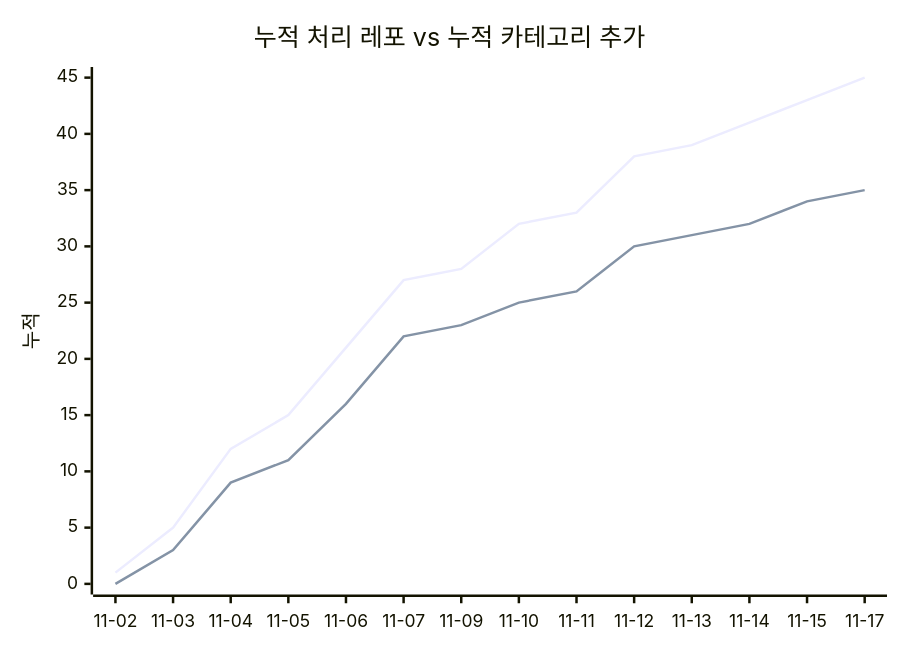
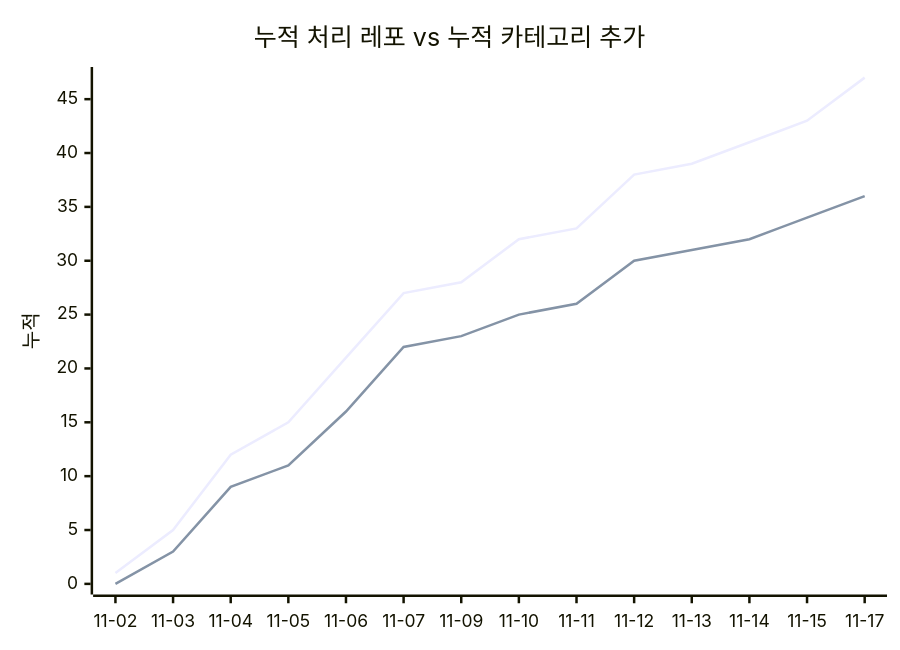
Before and after one commit to J-nowcow/awesome-korean-agent-skills: the second of 2 diagrams in docs/trends.md, drawn with Mermaid. The commit also changed other lines of this file and 3 other files, not shown here.

````diff
--- a/docs/trends.md
+++ b/docs/trends.md
@@ -68,8 +68,8 @@
 ```mermaid
 xychart-beta
     title "누적 처리 레포 vs 누적 카테고리 추가"
     x-axis ["11-02","11-03","11-04","11-05","11-06","11-07","11-09","11-10","11-11","11-12","11-13","11-14","11-15","11-17"]
     y-axis "누적"
-    line [1,5,12,15,21,27,28,32,33,38,39,41,43,45]
-    line [0,3,9,11,16,22,23,25,26,30,31,32,34,35]
+    line [1,5,12,15,21,27,28,32,33,38,39,41,43,47]
+    line [0,3,9,11,16,22,23,25,26,30,31,32,34,36]
 ```
````
